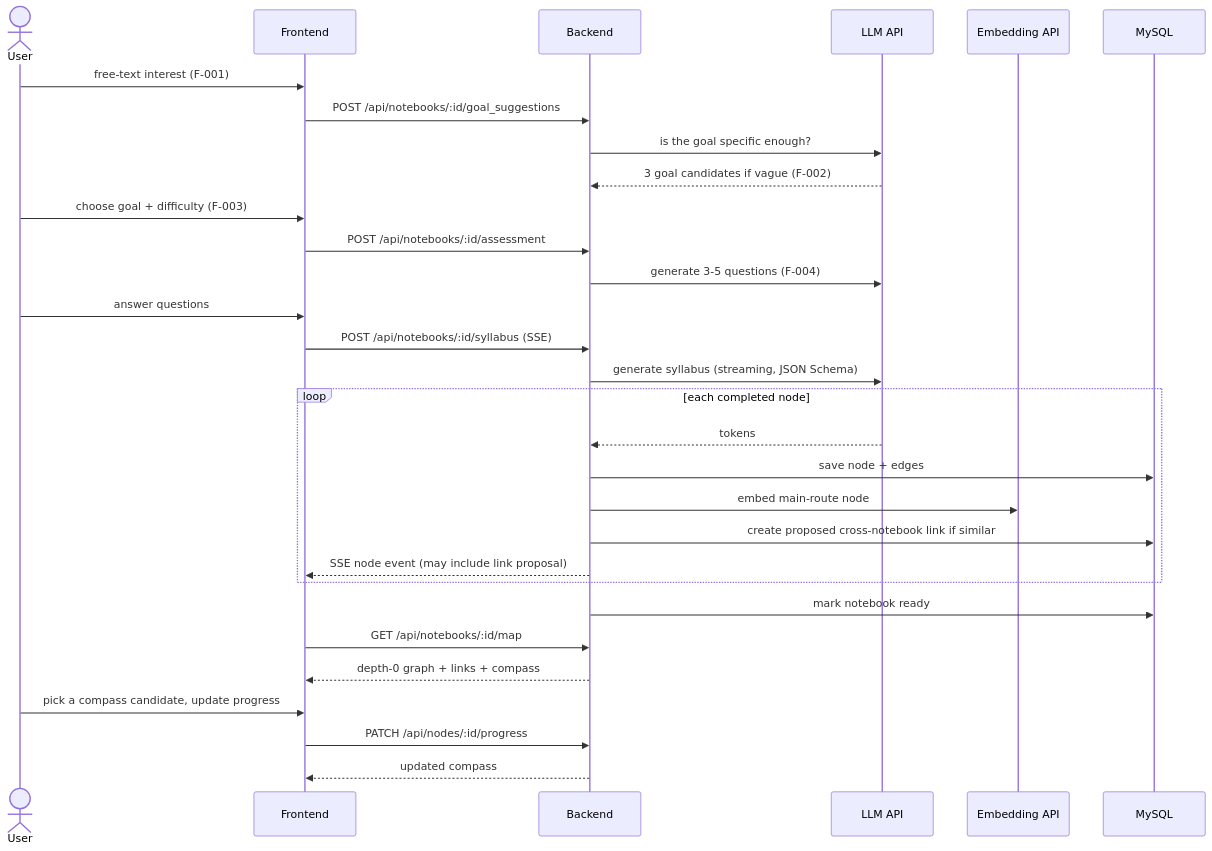
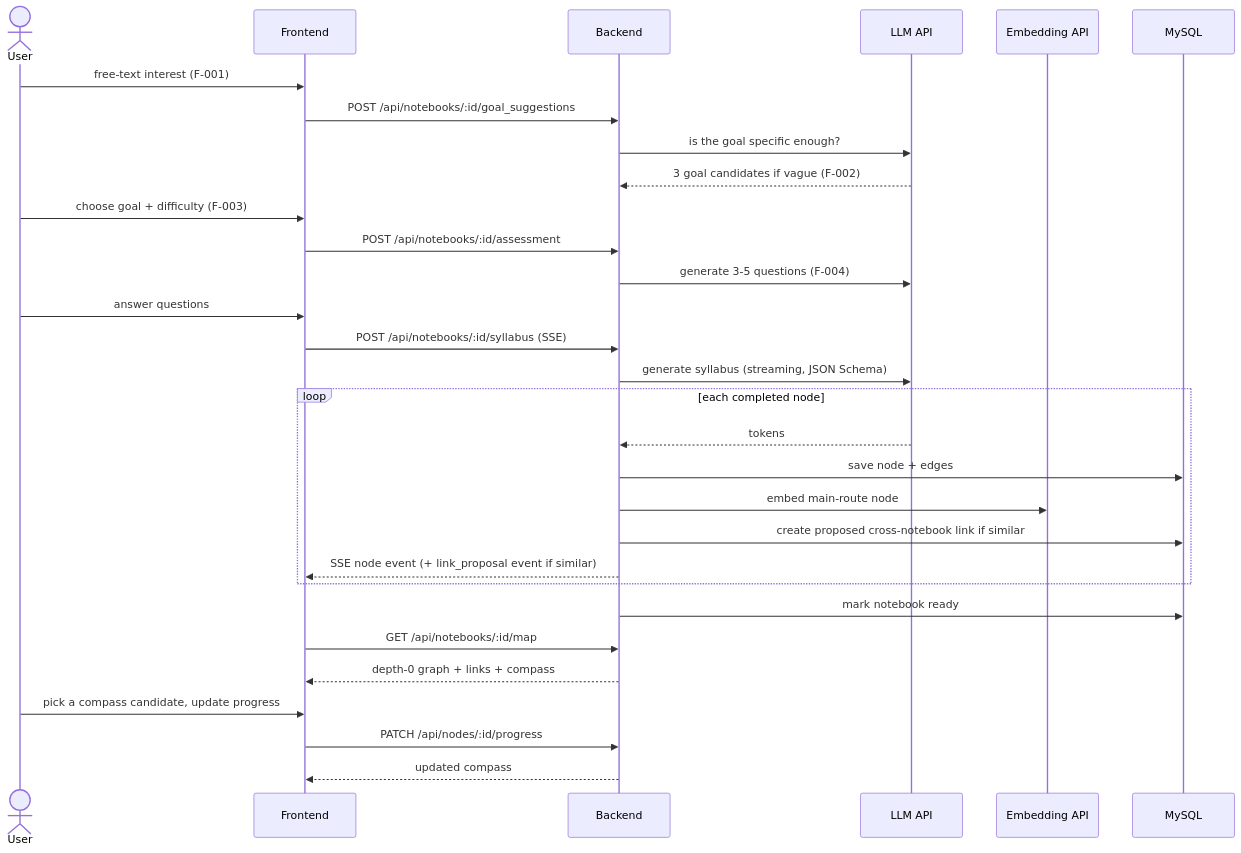
Before and after one commit to ryuma-1/Campass: the second of 2 diagrams in .claude/rules/code/architecture.md, drawn with Mermaid. The commit also changed 2 other files, not shown here.

Commit message:
docs: add parent_node_id to SSE node event and keep generating on embedding failure (#2)
Also align the SSE description in the Claude rule files with the
separate link_proposal event.

````diff
--- a/.claude/rules/code/architecture.md
+++ b/.claude/rules/code/architecture.md
@@ -36,33 +36,33 @@
 ```mermaid
 sequenceDiagram
     actor U as User
     participant FE as Frontend
     participant BE as Backend
     participant LLM as LLM API
     participant EMB as Embedding API
     participant DB as MySQL
 
     U->>FE: free-text interest (F-001)
     FE->>BE: POST /api/notebooks/:id/goal_suggestions
     BE->>LLM: is the goal specific enough?
     LLM-->>BE: 3 goal candidates if vague (F-002)
     U->>FE: choose goal + difficulty (F-003)
     FE->>BE: POST /api/notebooks/:id/assessment
     BE->>LLM: generate 3-5 questions (F-004)
     U->>FE: answer questions
     FE->>BE: POST /api/notebooks/:id/syllabus (SSE)
     BE->>LLM: generate syllabus (streaming, JSON Schema)
     loop each completed node
         LLM-->>BE: tokens
         BE->>DB: save node + edges
         BE->>EMB: embed main-route node
         BE->>DB: create proposed cross-notebook link if similar
-        BE-->>FE: SSE node event (may include link proposal)
+        BE-->>FE: SSE node event (+ link_proposal event if similar)
     end
     BE->>DB: mark notebook ready
     FE->>BE: GET /api/notebooks/:id/map
     BE-->>FE: depth-0 graph + links + compass
     U->>FE: pick a compass candidate, update progress
     FE->>BE: PATCH /api/nodes/:id/progress
     BE-->>FE: updated compass
 ```
````
